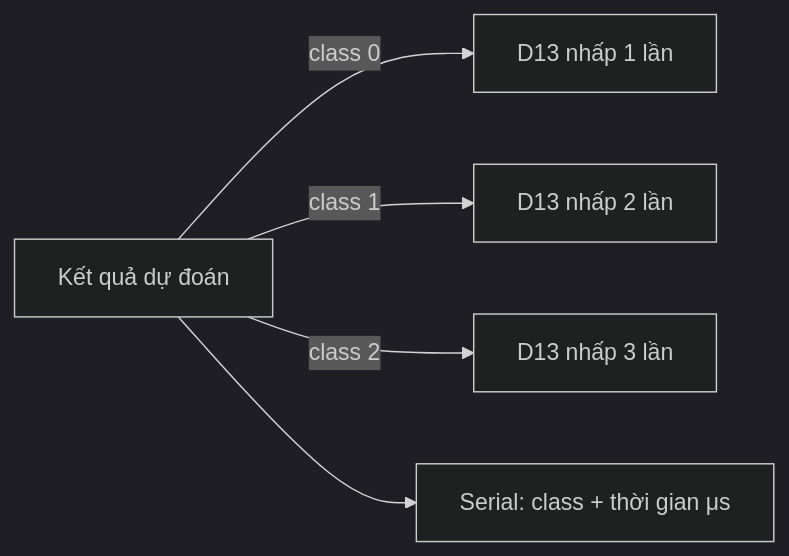
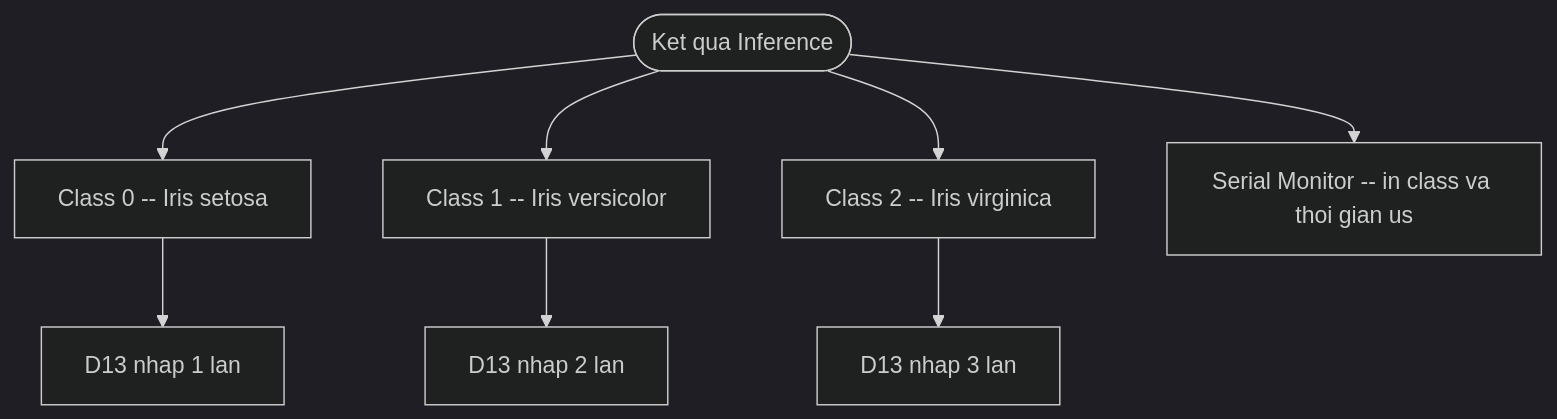
One commit to minhducnt/iot-lab-yolouno changed diagram 12 of 16 in LAB_NOTES.md. Above: the diagram before and after it, drawn with Mermaid (dark theme). The commit also changed other lines of this file, not shown here.

First line of the commit message:
docs: redesign Iris model diagrams — clean labels, subgraphs, TD layout

````diff
--- a/LAB_NOTES.md
+++ b/LAB_NOTES.md
@@ -372,8 +392,13 @@
 ```mermaid
-flowchart LR
-    PRED[Kết quả dự đoán]
-    PRED -->|class 0| B0[D13 nhấp 1 lần]
-    PRED -->|class 1| B1[D13 nhấp 2 lần]
-    PRED -->|class 2| B2[D13 nhấp 3 lần]
-    PRED --> SER[Serial: class + thời gian μs]
+flowchart TD
+    INFER([Ket qua Inference])
+
+    INFER --> C0[Class 0 -- Iris setosa]
+    INFER --> C1[Class 1 -- Iris versicolor]
+    INFER --> C2[Class 2 -- Iris virginica]
+    INFER --> LOG[Serial Monitor -- in class va thoi gian us]
+
+    C0 --> L0[D13 nhap 1 lan]
+    C1 --> L1[D13 nhap 2 lan]
+    C2 --> L2[D13 nhap 3 lan]
 ```
````
